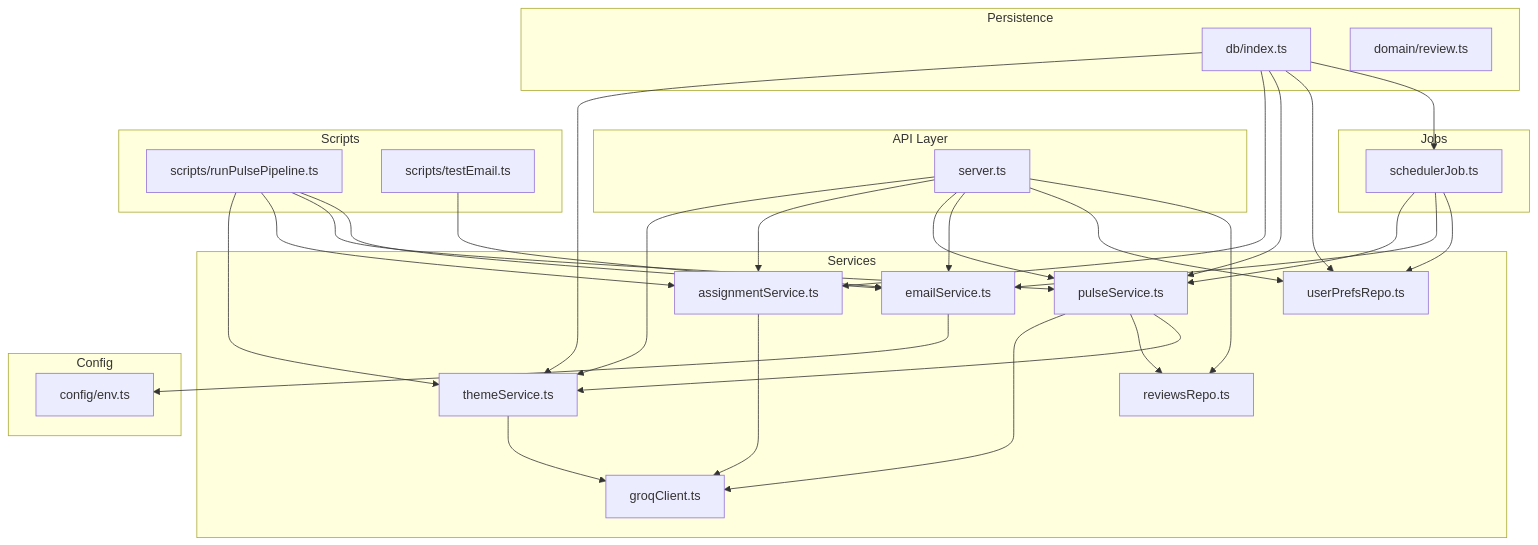
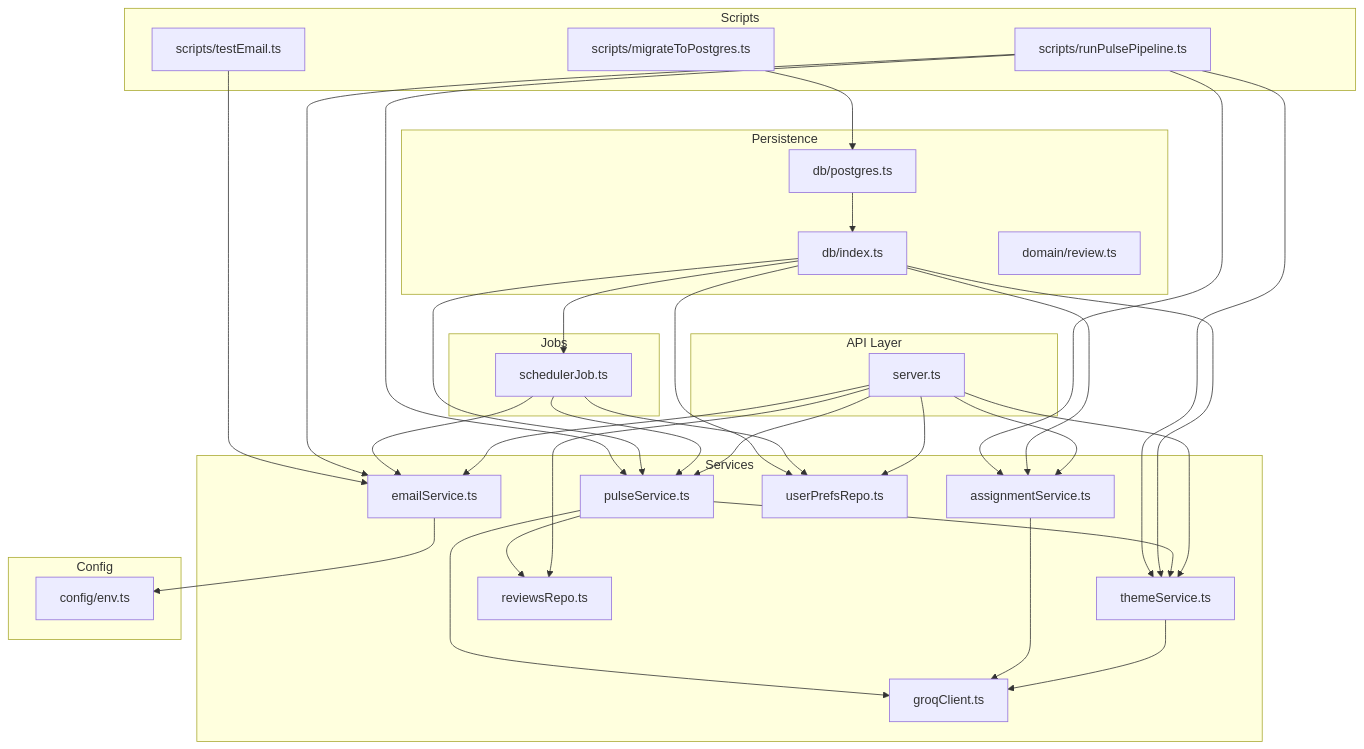
The first of 13 diagrams in .qoder/repowiki/en/content/Phase 2_ Advanced Analytics & Automation/Phase 2_ Advanced Analytics & Automation.md (aravinthraj-ramalingam/Groww-App-Review-Insights-Analyzer-), drawn with Mermaid before and after one commit. The commit also changed other lines of this file and 5 other files, not shown here.

````diff
--- a/.qoder/repowiki/en/content/Phase 2_ Advanced Analytics & Automation/Phase 2_ Advanced Analytics & Automation.md
+++ b/.qoder/repowiki/en/content/Phase 2_ Advanced Analytics & Automation/Phase 2_ Advanced Analytics & Automation.md
@@ -45,54 +59,58 @@
 ```mermaid
 graph TB
 subgraph "API Layer"
 S["server.ts"]
 end
 subgraph "Services"
 G["groqClient.ts"]
 TS["themeService.ts"]
 AS["assignmentService.ts"]
 PS["pulseService.ts"]
 ES["emailService.ts"]
 UR["userPrefsRepo.ts"]
 RR["reviewsRepo.ts"]
 end
 subgraph "Jobs"
 SJ["schedulerJob.ts"]
 end
 subgraph "Persistence"
 DB["db/index.ts"]
+PG["db/postgres.ts"]
 DM["domain/review.ts"]
 end
 subgraph "Config"
 CFG["config/env.ts"]
 end
 subgraph "Scripts"
 PIPE["scripts/runPulsePipeline.ts"]
 TEST["scripts/testEmail.ts"]
+MIG["scripts/migrateToPostgres.ts"]
 end
 S --> TS
 S --> AS
 S --> PS
 S --> ES
 S --> UR
 S --> RR
 TS --> G
 AS --> G
 PS --> G
 PS --> RR
 PS --> TS
 ES --> CFG
 SJ --> PS
 SJ --> ES
 SJ --> UR
 DB --> TS
 DB --> AS
 DB --> PS
 DB --> UR
 DB --> SJ
+PG --> DB
 PIPE --> TS
 PIPE --> AS
 PIPE --> PS
 PIPE --> ES
 TEST --> ES
+MIG --> PG
 ```
````
